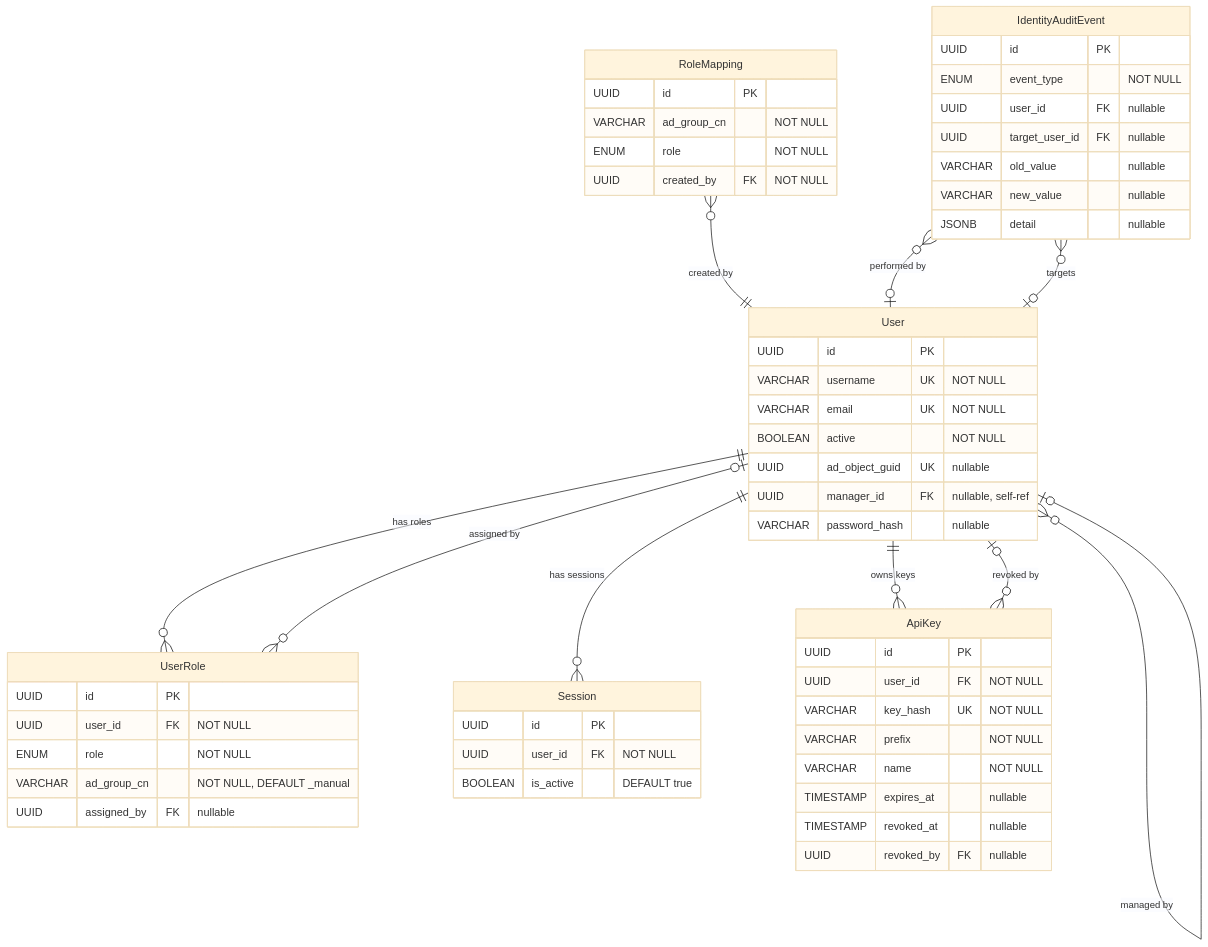
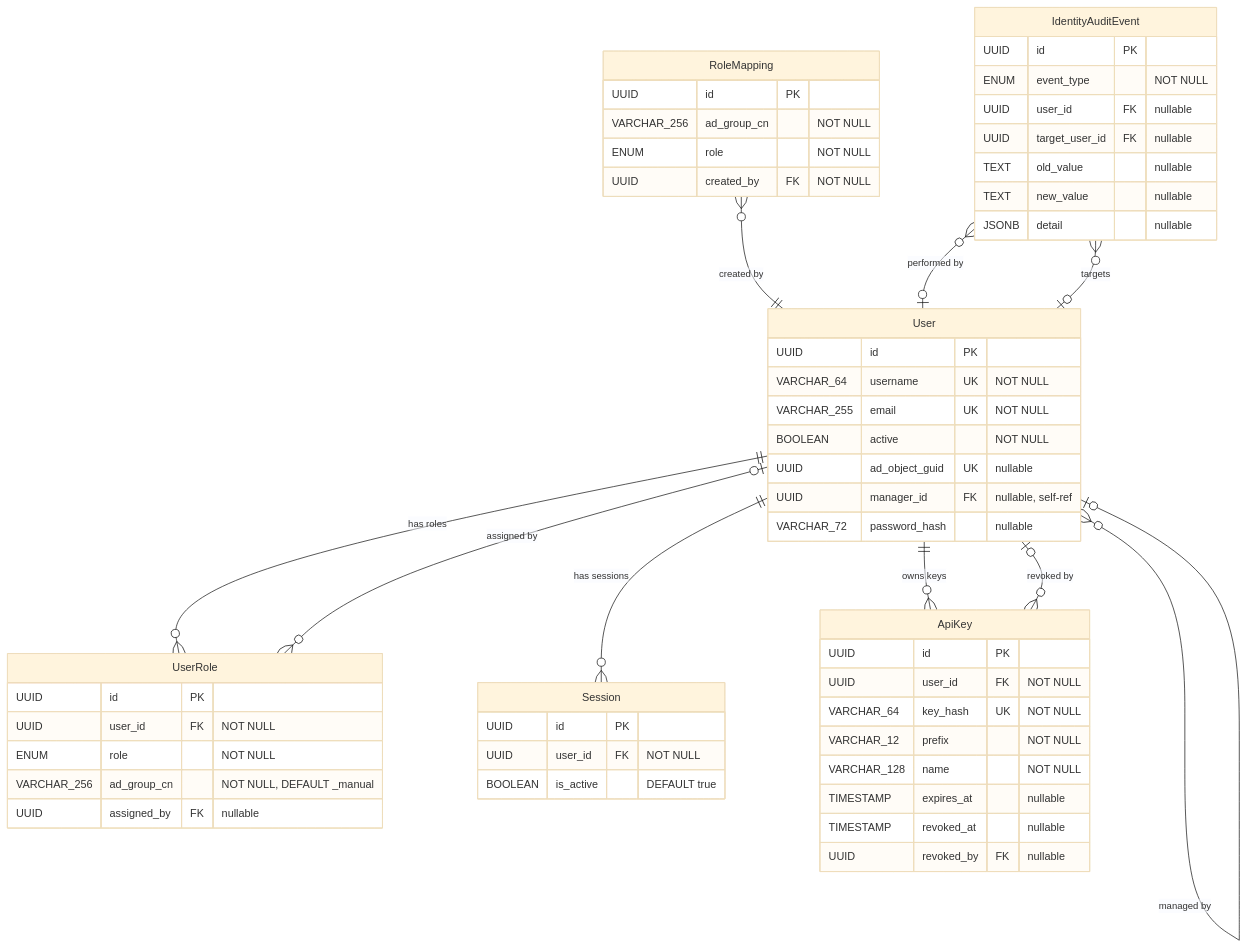
One commit to StayPirate/STAMP changed the fourth of 6 diagrams in docs/data-model.md. Above: the diagram before and after it, drawn with Mermaid (base theme). The commit also changed other lines of this file and 10 other files, not shown here.

````diff
--- a/docs/data-model.md
+++ b/docs/data-model.md
@@ -188,59 +188,59 @@
 ```mermaid
 erDiagram
     User {
         UUID id PK
-        VARCHAR username UK "NOT NULL"
-        VARCHAR email UK "NOT NULL"
+        VARCHAR_64 username UK "NOT NULL"
+        VARCHAR_255 email UK "NOT NULL"
         BOOLEAN active "NOT NULL"
         UUID ad_object_guid UK "nullable"
         UUID manager_id FK "nullable, self-ref"
-        VARCHAR password_hash "nullable"
+        VARCHAR_72 password_hash "nullable"
     }
     UserRole {
         UUID id PK
         UUID user_id FK "NOT NULL"
         ENUM role "NOT NULL"
-        VARCHAR ad_group_cn "NOT NULL, DEFAULT _manual"
+        VARCHAR_256 ad_group_cn "NOT NULL, DEFAULT _manual"
         UUID assigned_by FK "nullable"
     }
     RoleMapping {
         UUID id PK
-        VARCHAR ad_group_cn "NOT NULL"
+        VARCHAR_256 ad_group_cn "NOT NULL"
         ENUM role "NOT NULL"
         UUID created_by FK "NOT NULL"
     }
     Session {
         UUID id PK
         UUID user_id FK "NOT NULL"
         BOOLEAN is_active "DEFAULT true"
     }
     ApiKey {
         UUID id PK
         UUID user_id FK "NOT NULL"
-        VARCHAR key_hash UK "NOT NULL"
-        VARCHAR prefix "NOT NULL"
-        VARCHAR name "NOT NULL"
+        VARCHAR_64 key_hash UK "NOT NULL"
+        VARCHAR_12 prefix "NOT NULL"
+        VARCHAR_128 name "NOT NULL"
         TIMESTAMP expires_at "nullable"
         TIMESTAMP revoked_at "nullable"
         UUID revoked_by FK "nullable"
     }
     IdentityAuditEvent {
         UUID id PK
         ENUM event_type "NOT NULL"
         UUID user_id FK "nullable"
         UUID target_user_id FK "nullable"
-        VARCHAR old_value "nullable"
-        VARCHAR new_value "nullable"
+        TEXT old_value "nullable"
+        TEXT new_value "nullable"
         JSONB detail "nullable"
     }
 
     User ||--o{ UserRole : "has roles"
     User ||--o{ Session : "has sessions"
     User ||--o{ ApiKey : "owns keys"
     User }o--o| User : "managed by"
     UserRole }o--o| User : "assigned by"
     RoleMapping }o--|| User : "created by"
     ApiKey }o--o| User : "revoked by"
     IdentityAuditEvent }o--o| User : "performed by"
     IdentityAuditEvent }o--o| User : "targets"
 ```
````
